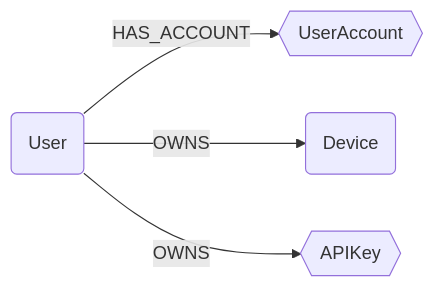
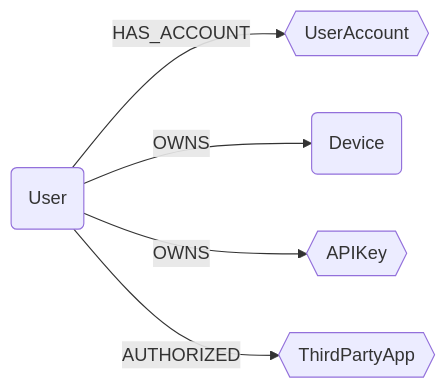
Before and after one commit to sec-js/cartography: the diagram in docs/root/modules/ontology/schema.md, drawn with Mermaid. The commit also changed other lines of this file and 11 other files, not shown here.

First line of the commit message:
feat(ontology): add ThirdPartyApp ontology node (#2108)

````diff
--- a/docs/root/modules/ontology/schema.md
+++ b/docs/root/modules/ontology/schema.md
@@ -6,7 +6,8 @@
 ```mermaid
 graph LR
 
 U(User) -- HAS_ACCOUNT --> UA{{UserAccount}}
 U -- OWNS --> CC(Device)
 U -- OWNS --> AK{{APIKey}}
+U -- AUTHORIZED --> OA{{ThirdPartyApp}}
 ```
````
